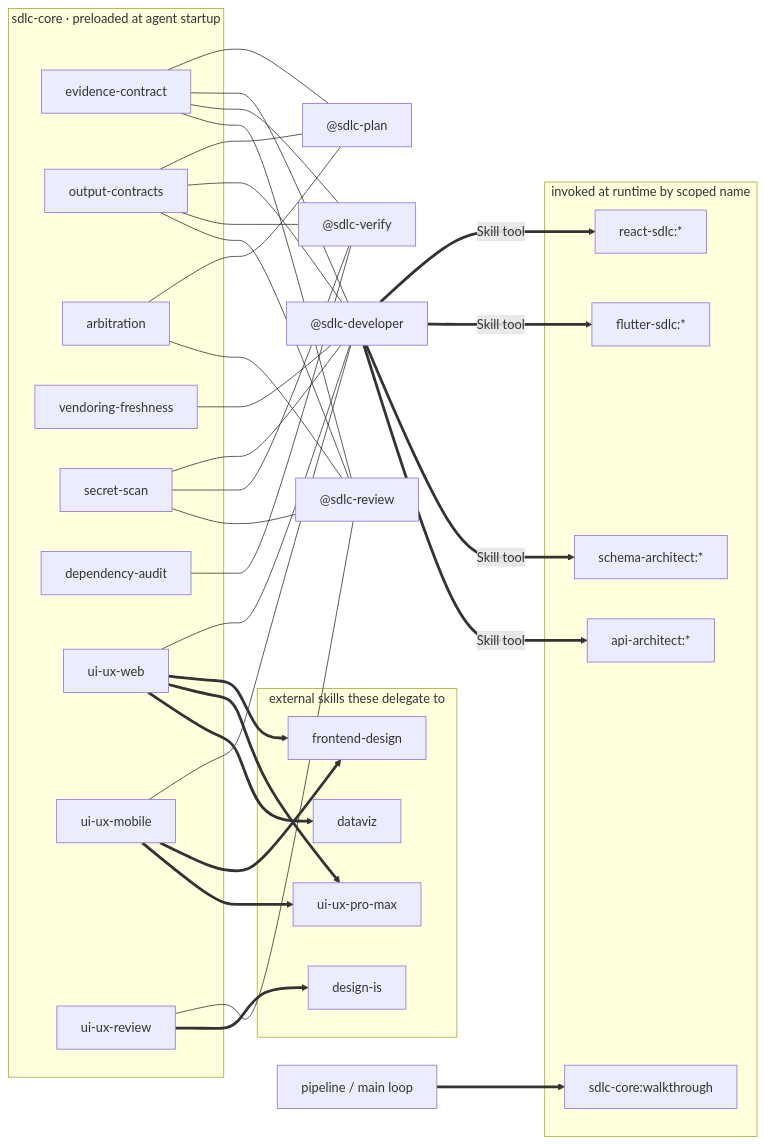
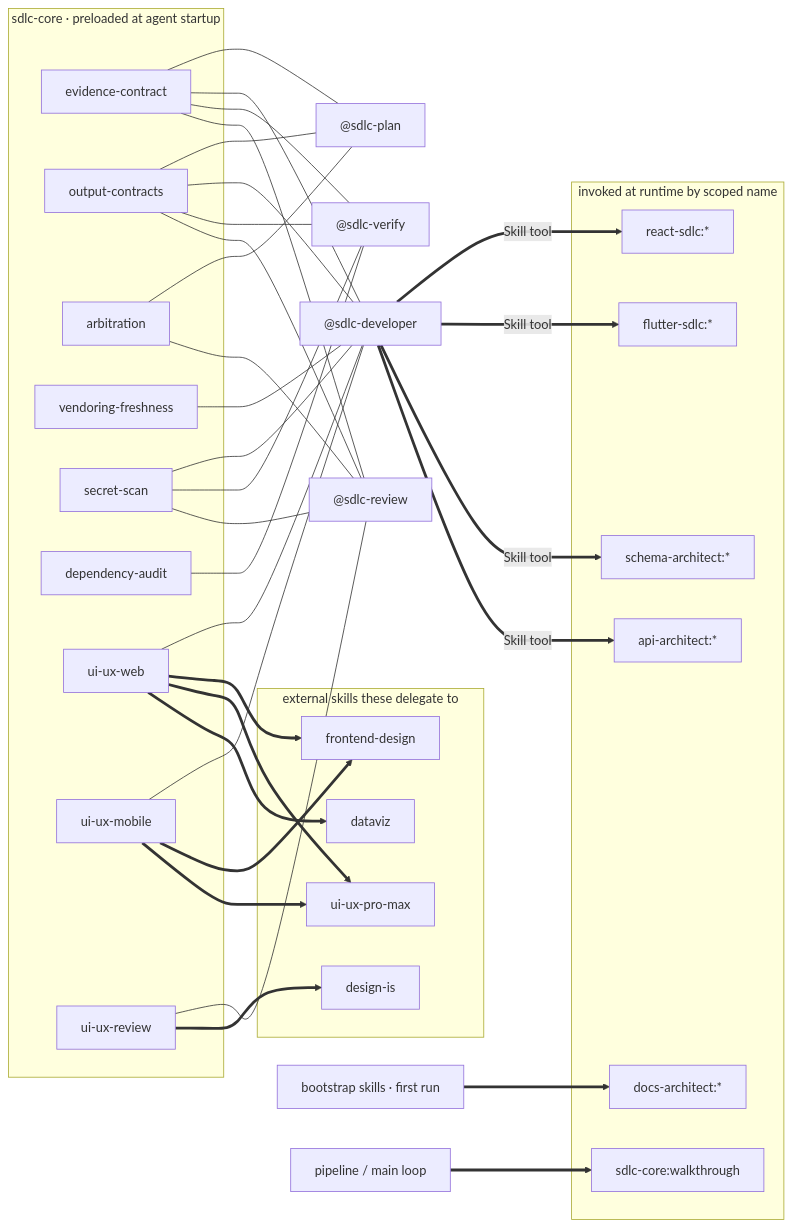
Before and after one commit to MobileDevNalsoft/sdlc-automation: the second of 3 diagrams in README.md, drawn with Mermaid. The commit also changed other lines of this file and 116 other files, not shown here.

````diff
--- a/README.md
+++ b/README.md
@@ -137,66 +137,68 @@
 ```mermaid
 flowchart LR
     subgraph CORE ["sdlc-core · preloaded at agent startup"]
         EC["evidence-contract"]
         OC["output-contracts"]
         AR["arbitration"]
         VF["vendoring-freshness"]
         SS["secret-scan"]
         DA["dependency-audit"]
         UW["ui-ux-web"]
         UM["ui-ux-mobile"]
         UR["ui-ux-review"]
     end
 
     P["@sdlc-plan"]
     D["@sdlc-developer"]
     V["@sdlc-verify"]
     R["@sdlc-review"]
 
     EC --- P
     OC --- P
     AR --- P
     EC --- D
     OC --- D
     VF --- D
     SS --- D
     UW --- D
     UM --- D
     EC --- V
     OC --- V
     SS --- V
     DA --- V
     EC --- R
     OC --- R
     SS --- R
     AR --- R
     UR --- R
 
     subgraph RUNTIME ["invoked at runtime by scoped name"]
         RS["react-sdlc:*"]
         FS["flutter-sdlc:*"]
         SA["schema-architect:*"]
         AA["api-architect:*"]
+        DOC["docs-architect:*"]
         WK["sdlc-core:walkthrough"]
     end
 
     D ==>|"Skill tool"| RS
     D ==>|"Skill tool"| FS
     D ==>|"Skill tool"| SA
     D ==>|"Skill tool"| AA
+    BOOT["bootstrap skills · first run"] ==> DOC
     PIPE["pipeline / main loop"] ==> WK
 
     subgraph EXT ["external skills these delegate to"]
         FD["frontend-design"]
         UPM["ui-ux-pro-max"]
         DI["design-is"]
         DV["dataviz"]
     end
 
     UW ==> FD
     UW ==> UPM
     UM ==> FD
     UM ==> UPM
     UR ==> DI
     UW ==> DV
 ```
````
